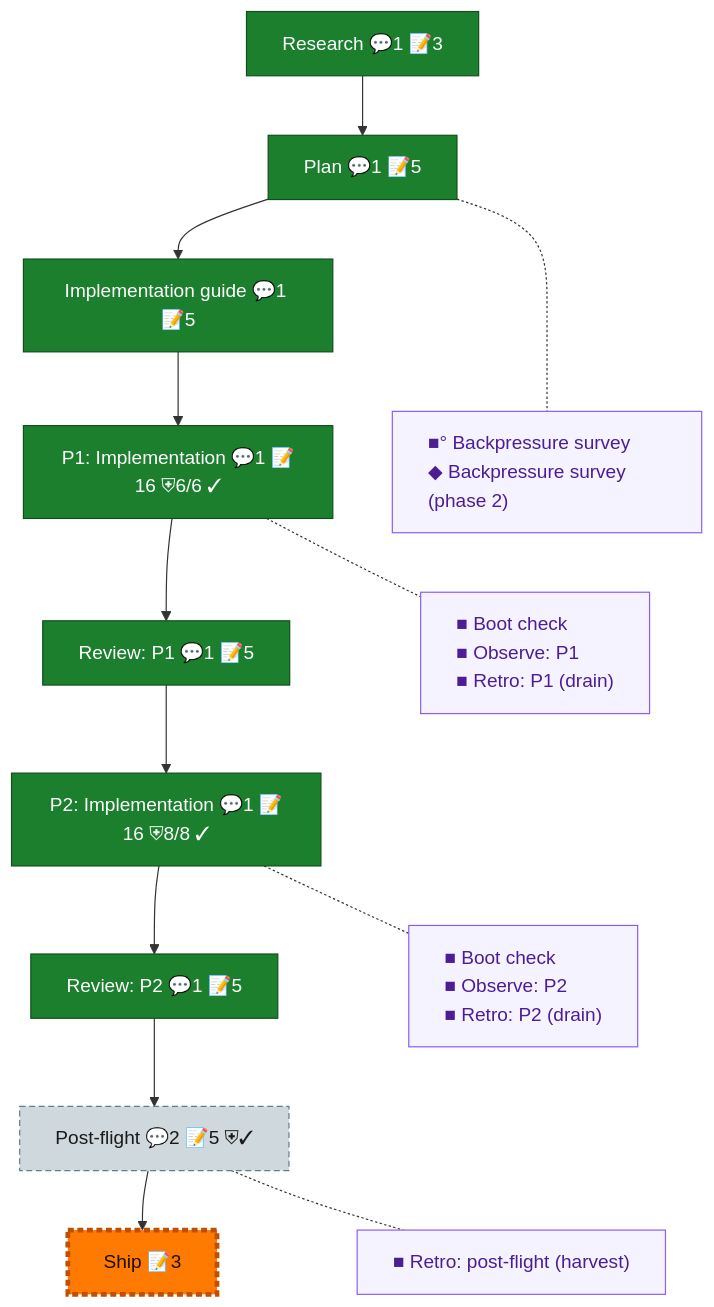
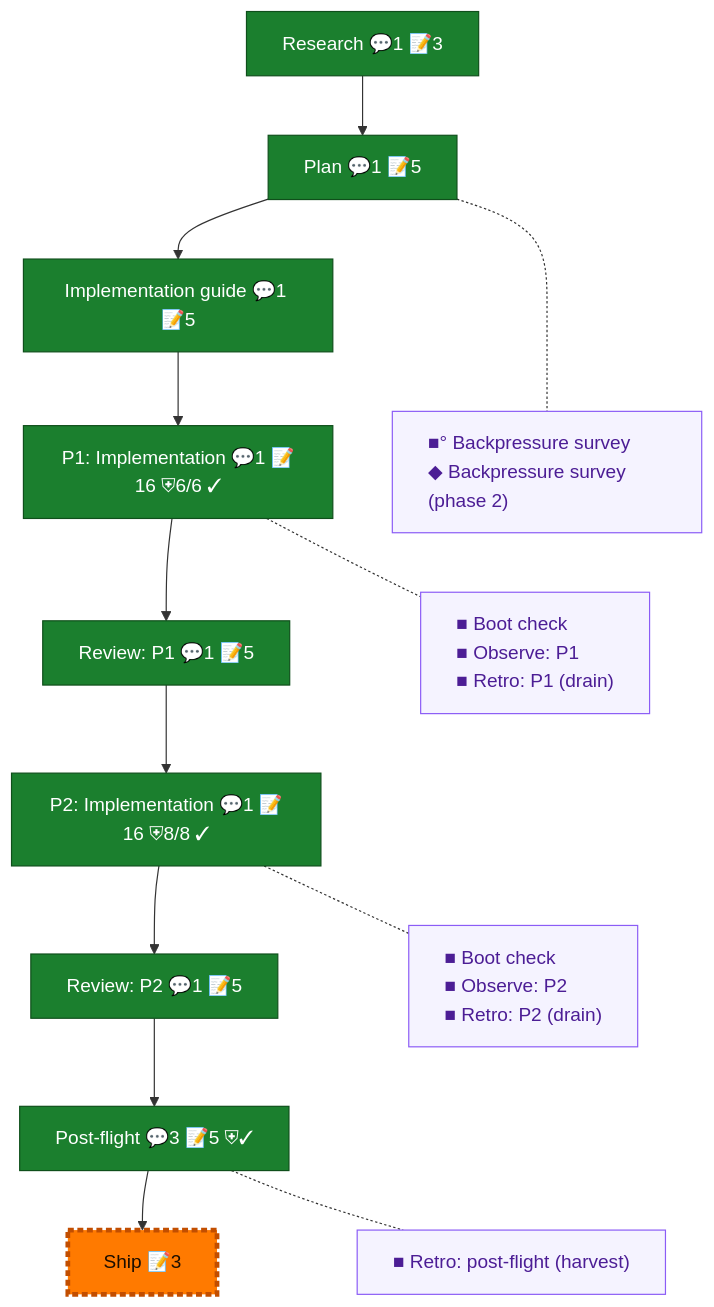
Before and after one commit to AI-Substrate/Unisphere: the diagram in docs/plans/archive/028-prep-canonical-tables/the-flow.md, drawn with Mermaid. The commit also changed other lines of this file and 1 other file, not shown here.

First line of the commit message:
docs(plan-028): post-flight node done

````diff
--- a/docs/plans/archive/028-prep-canonical-tables/the-flow.md
+++ b/docs/plans/archive/028-prep-canonical-tables/the-flow.md
@@ -8,34 +8,34 @@
 ```mermaid
 flowchart TD
     research["Research 💬1 📝3"]:::done
     plan["Plan 💬1 📝5"]:::done
     impl_guide["Implementation guide 💬1 📝5"]:::done
     phase_1["P1: Implementation 💬1 📝16 ⛨6/6 ✓"]:::done
     review_1["Review: P1 💬1 📝5"]:::done
     phase_2["P2: Implementation 💬1 📝16 ⛨8/8 ✓"]:::done
     review_2["Review: P2 💬1 📝5"]:::done
-    post_flight["Post-flight 💬2 📝5 ⛨✓"]:::assumed
+    post_flight["Post-flight 💬3 📝5 ⛨✓"]:::done
     ship["Ship 📝3"]:::assumed
 
     research --> plan --> impl_guide --> phase_1 --> review_1 --> phase_2 --> review_2 --> post_flight --> ship
 
     planC["■° Backpressure survey<br/>◆ Backpressure survey (phase 2)"]:::chore
     phase_1C["■ Boot check<br/>■ Observe: P1<br/>■ Retro: P1 (drain)"]:::chore
     phase_2C["■ Boot check<br/>■ Observe: P2<br/>■ Retro: P2 (drain)"]:::chore
     post_flightC["■ Retro: post-flight (harvest)"]:::chore
 
     %% invisible chain holds the gutter boxes in their own column
     planC ~~~ phase_1C ~~~ phase_2C ~~~ post_flightC
 
     %% dotted links pull each gutter box beside its node
     plan -.- planC
     phase_1 -.- phase_1C
     phase_2 -.- phase_2C
     post_flight -.- post_flightC
 
     classDef done fill:#1B7F2E,stroke:#0F4F1B,color:#fff;
     classDef assumed fill:#CFD8DC,stroke:#607D8B,color:#1a1a1a,stroke-dasharray:5 3;
     classDef chore fill:#f5f3ff,stroke:#8b5cf6,color:#4c1d95,text-align:left;
     classDef current fill:#FF7A00,stroke:#C24E00,color:#1a0e00,stroke-width:4px;
     class ship current;
 ```
````
